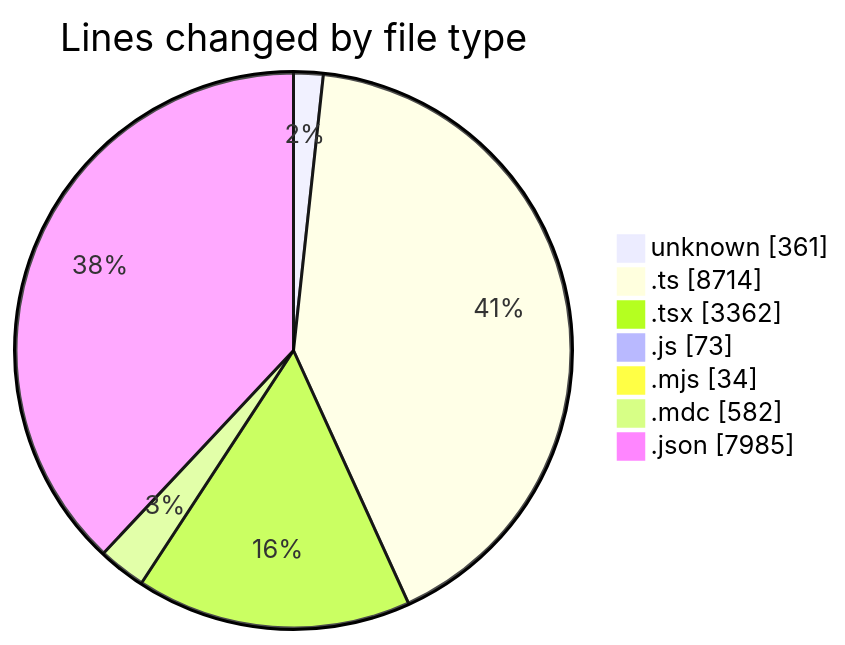
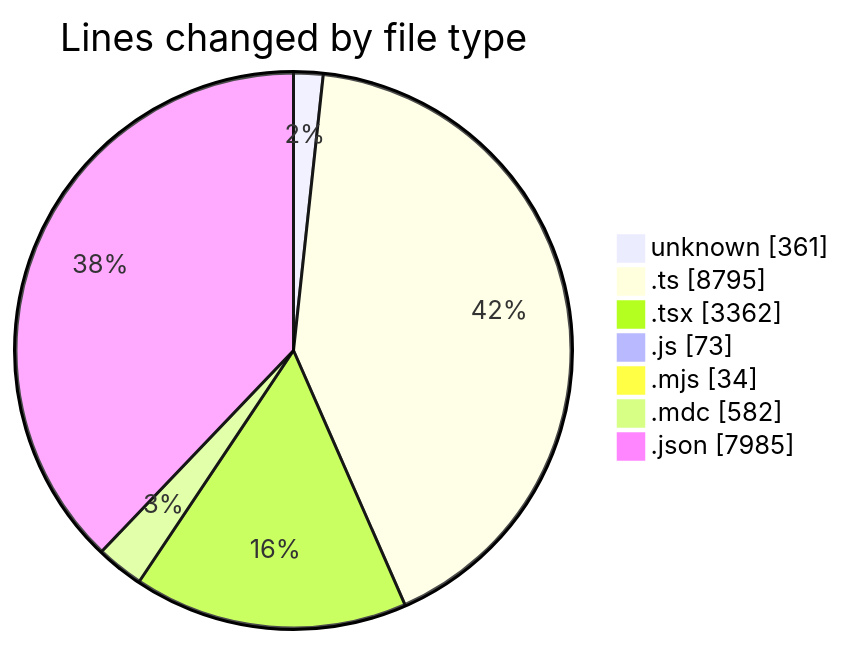
The first of 2 diagrams in 2025-06-13/ecodeli-1/README.md (CELIANVF/code-tracking), drawn with Mermaid before and after one commit. The commit also changed other lines of this file and 1 other file, not shown here.

````diff
--- a/2025-06-13/ecodeli-1/README.md
+++ b/2025-06-13/ecodeli-1/README.md
@@ -44,11 +45,11 @@
 ```mermaid
 pie showData
 title Lines changed by file type
 "unknown" : 361
-".ts" : 8714
+".ts" : 8795
 ".tsx" : 3362
 ".js" : 73
 ".mjs" : 34
 ".mdc" : 582
 ".json" : 7985
 ```
````
